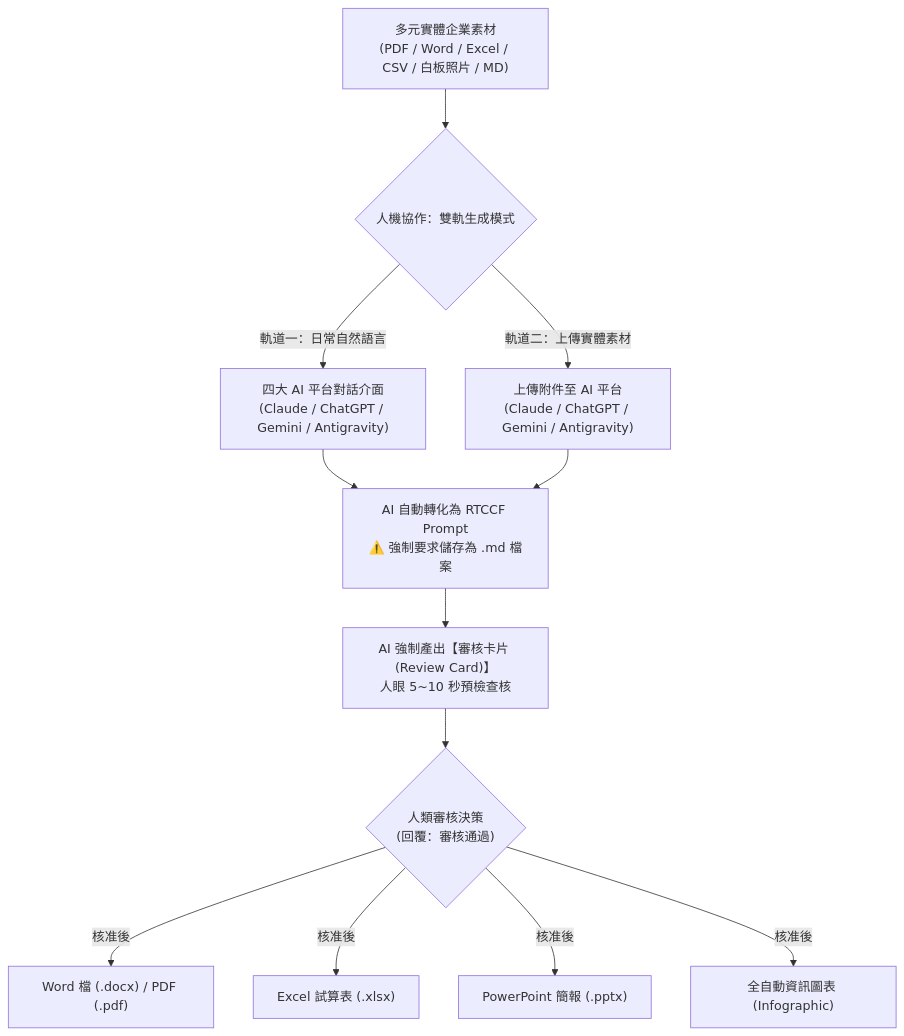
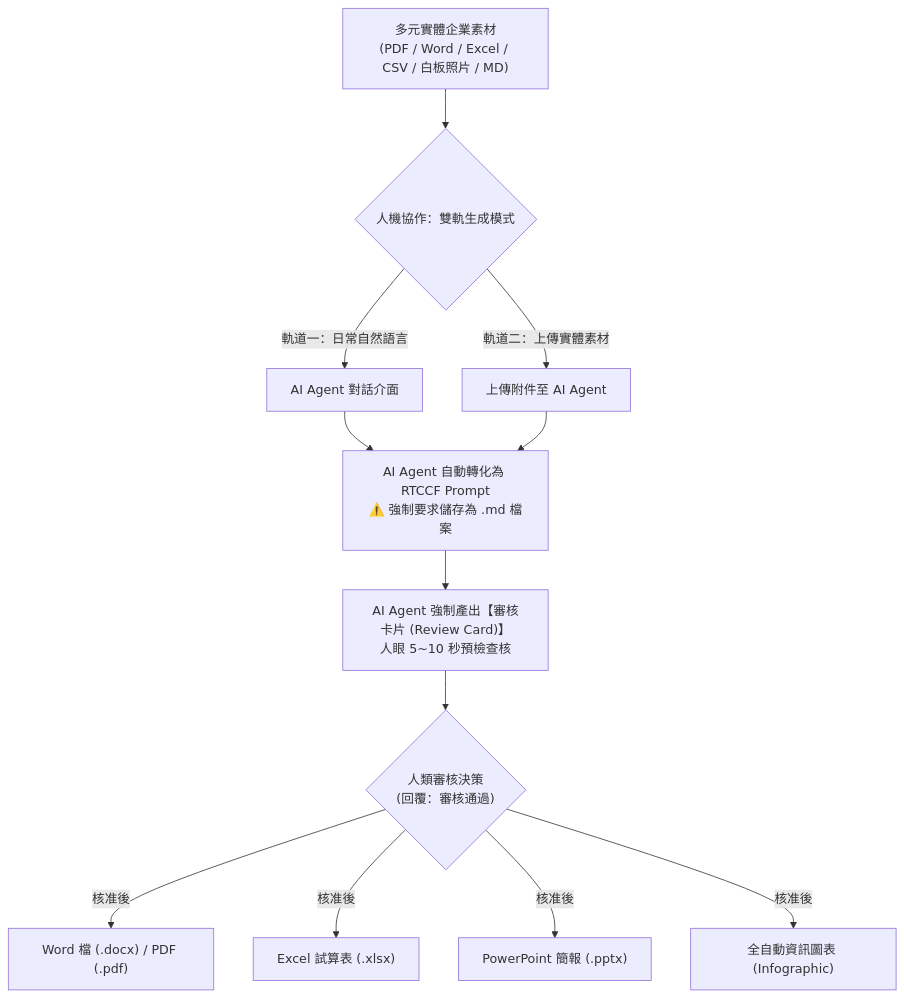
One commit to roberthsu2003/workflow-productivity changed the second of 2 diagrams in 常見的AI應用/辦公室全能應用/README.md. Above: the diagram before and after it, drawn with Mermaid. The commit also changed other lines of this file, not shown here.

````diff
--- a/常見的AI應用/辦公室全能應用/README.md
+++ b/常見的AI應用/辦公室全能應用/README.md
@@ -89,16 +85,16 @@
 ```mermaid
 graph TD
     A["多元實體企業素材<br>(PDF / Word / Excel / CSV / 白板照片 / MD)"] --> B{"人機協作：雙軌生成模式"}
     
-    B -->|"軌道一：日常自然語言"| C["四大 AI 平台對話介面<br>(Claude / ChatGPT / Gemini / Antigravity)"]
-    B -->|"軌道二：上傳實體素材"| D["上傳附件至 AI 平台<br>(Claude / ChatGPT / Gemini / Antigravity)"]
+    B -->|"軌道一：日常自然語言"| C["AI Agent 對話介面"]
+    B -->|"軌道二：上傳實體素材"| D["上傳附件至 AI Agent"]
     
-    C & D --> E["AI 自動轉化為 RTCCF Prompt<br>⚠️ 強制要求儲存為 .md 檔案"]
-    E --> F["AI 強制產出【審核卡片 (Review Card)】<br>人眼 5~10 秒預檢查核"]
+    C & D --> E["AI Agent 自動轉化為 RTCCF Prompt<br>⚠️ 強制要求儲存為 .md 檔案"]
+    E --> F["AI Agent 強制產出【審核卡片 (Review Card)】<br>人眼 5~10 秒預檢查核"]
     F --> G{"人類審核決策<br>(回覆：審核通過)"}
     
     G -->|"核准後"| H["Word 檔 (.docx) / PDF (.pdf)"]
     G -->|"核准後"| I["Excel 試算表 (.xlsx)"]
     G -->|"核准後"| J["PowerPoint 簡報 (.pptx)"]
     G -->|"核准後"| K["全自動資訊圖表 (Infographic)"]
 ```
````
